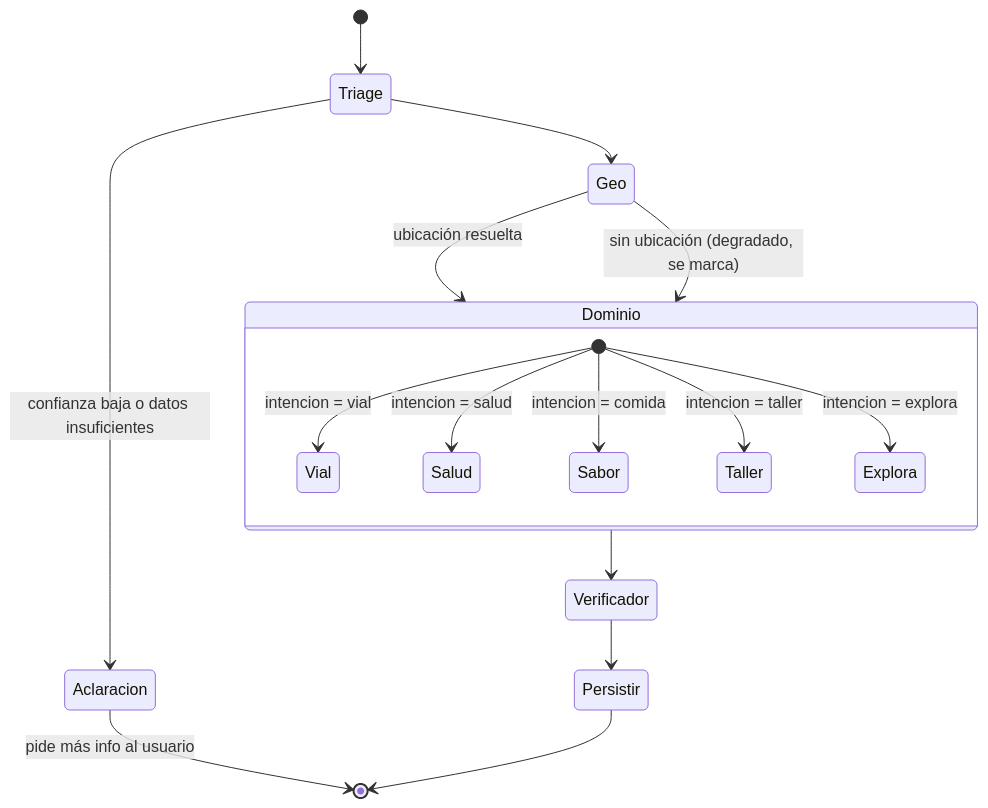
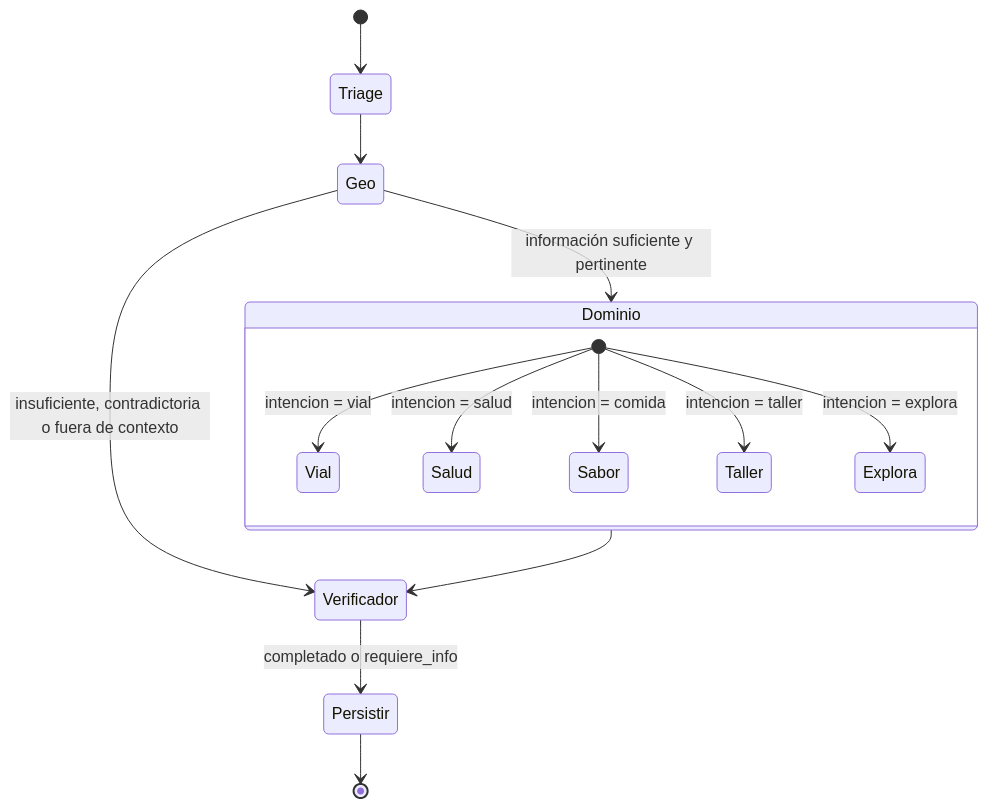
The second of 4 diagrams in Documentacion/plan_tecnico.md (Jupagui/Orbis), drawn with Mermaid before and after one commit. The commit also changed other lines of this file and 9 other files, not shown here.

````diff
--- a/Documentacion/plan_tecnico.md
+++ b/Documentacion/plan_tecnico.md
@@ -131,19 +129,17 @@
 ```mermaid
 stateDiagram-v2
   [*] --> Triage
-  Triage --> Aclaracion: confianza baja o datos insuficientes
-  Aclaracion --> [*]: pide más info al usuario
   Triage --> Geo
-  Geo --> Dominio: ubicación resuelta
-  Geo --> Dominio: sin ubicación (degradado, se marca)
+  Geo --> Dominio: información suficiente y pertinente
+  Geo --> Verificador: insuficiente, contradictoria o fuera de contexto
   state Dominio {
     [*] --> Vial: intencion = vial
     [*] --> Salud: intencion = salud
     [*] --> Sabor: intencion = comida
     [*] --> Taller: intencion = taller
     [*] --> Explora: intencion = explora
   }
   Dominio --> Verificador
-  Verificador --> Persistir
+  Verificador --> Persistir: completado o requiere_info
   Persistir --> [*]
 ```
````
